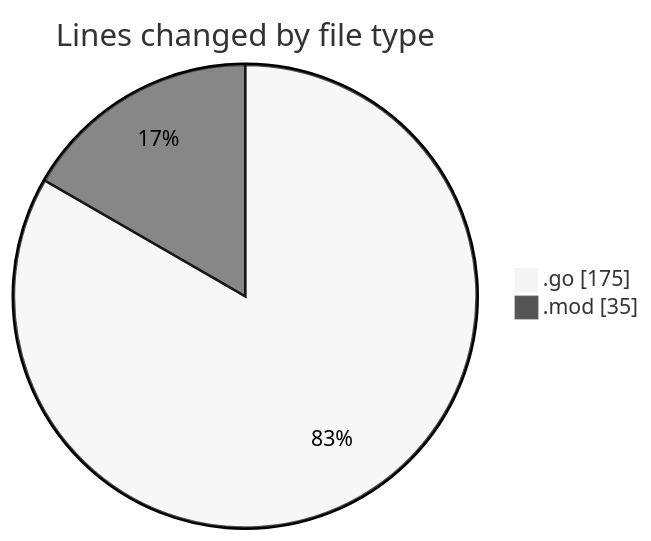
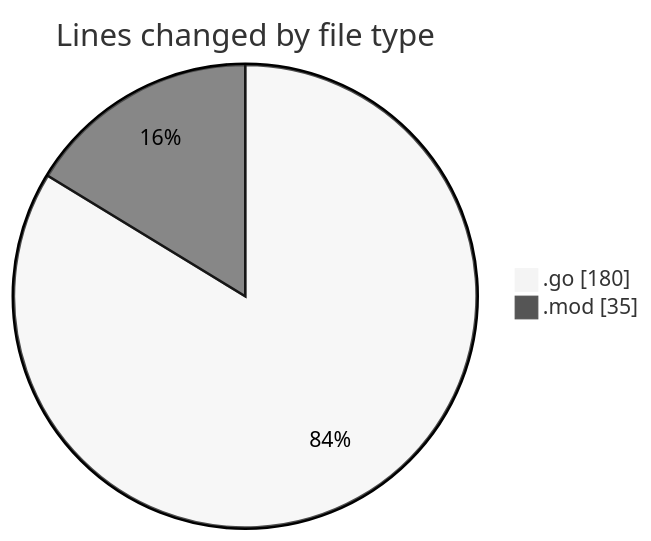
Before and after one commit to robertbonfada/code-tracking: the first of 2 diagrams in 2025-02-07/test-rountines/README.md, drawn with Mermaid (neutral theme). The commit also changed other lines of this file and 1 other file, not shown here.

````diff
--- a/2025-02-07/test-rountines/README.md
+++ b/2025-02-07/test-rountines/README.md
@@ -21,6 +21,6 @@
 ```mermaid
 pie showData
 title Lines changed by file type
-".go" : 175
+".go" : 180
 ".mod" : 35
 ```
````
